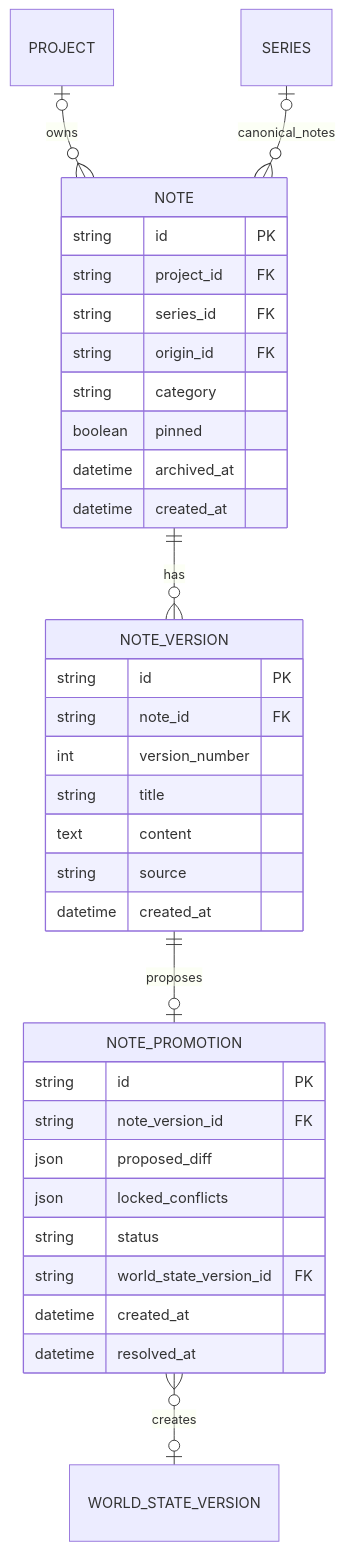
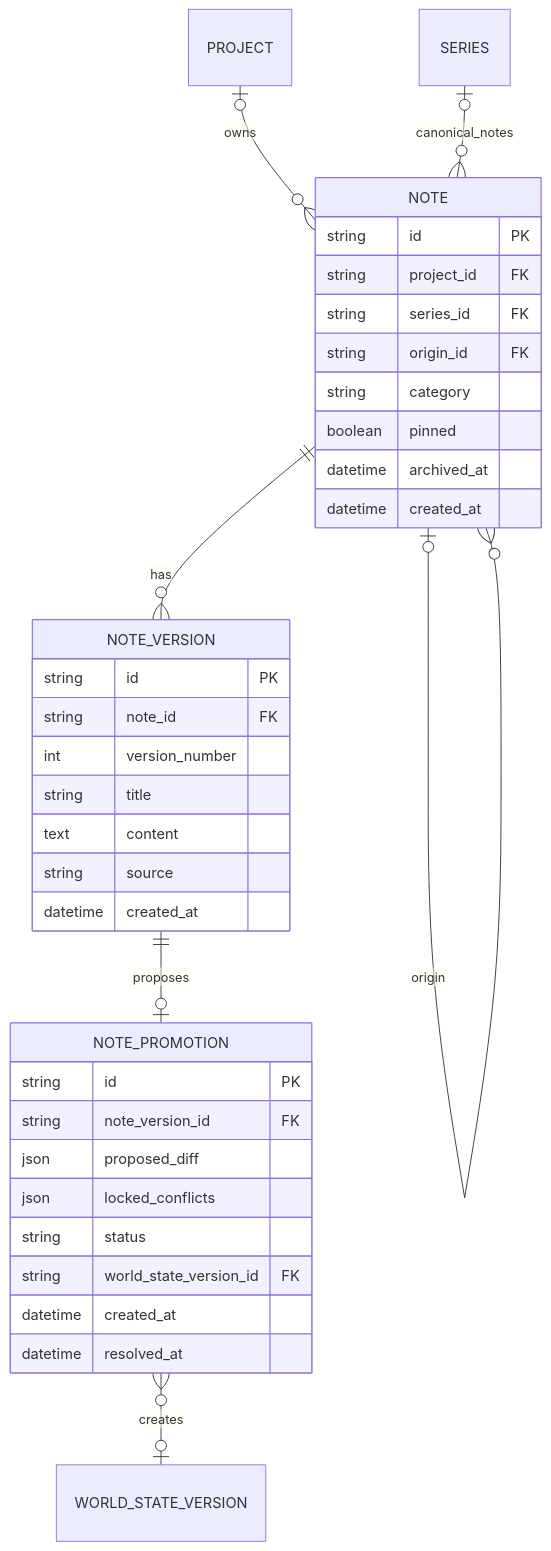
Before and after one commit to ousiassllc/mam: the sixth of 7 diagrams in spec/architecture/er.md, drawn with Mermaid. The commit also changed other lines of this file, not shown here.

Commit message:
docs: er.md の ER 図に欠けていた FK の関係線を追加 (#466)

````diff
--- a/spec/architecture/er.md
+++ b/spec/architecture/er.md
@@ -519,38 +550,39 @@
 ```mermaid
 erDiagram
     PROJECT |o--o{ NOTE : owns
     SERIES |o--o{ NOTE : canonical_notes
+    NOTE |o--o{ NOTE : origin
     NOTE ||--o{ NOTE_VERSION : has
     NOTE_VERSION ||--o| NOTE_PROMOTION : proposes
     NOTE_PROMOTION }o--o| WORLD_STATE_VERSION : creates
 
     NOTE {
         string id PK
         string project_id FK
         string series_id FK
         string origin_id FK
         string category
         boolean pinned
         datetime archived_at
         datetime created_at
     }
     NOTE_VERSION {
         string id PK
         string note_id FK
         int version_number
         string title
         text content
         string source
         datetime created_at
     }
     NOTE_PROMOTION {
         string id PK
         string note_version_id FK
         json proposed_diff
         json locked_conflicts
         string status
         string world_state_version_id FK
         datetime created_at
         datetime resolved_at
     }
 ```
````
